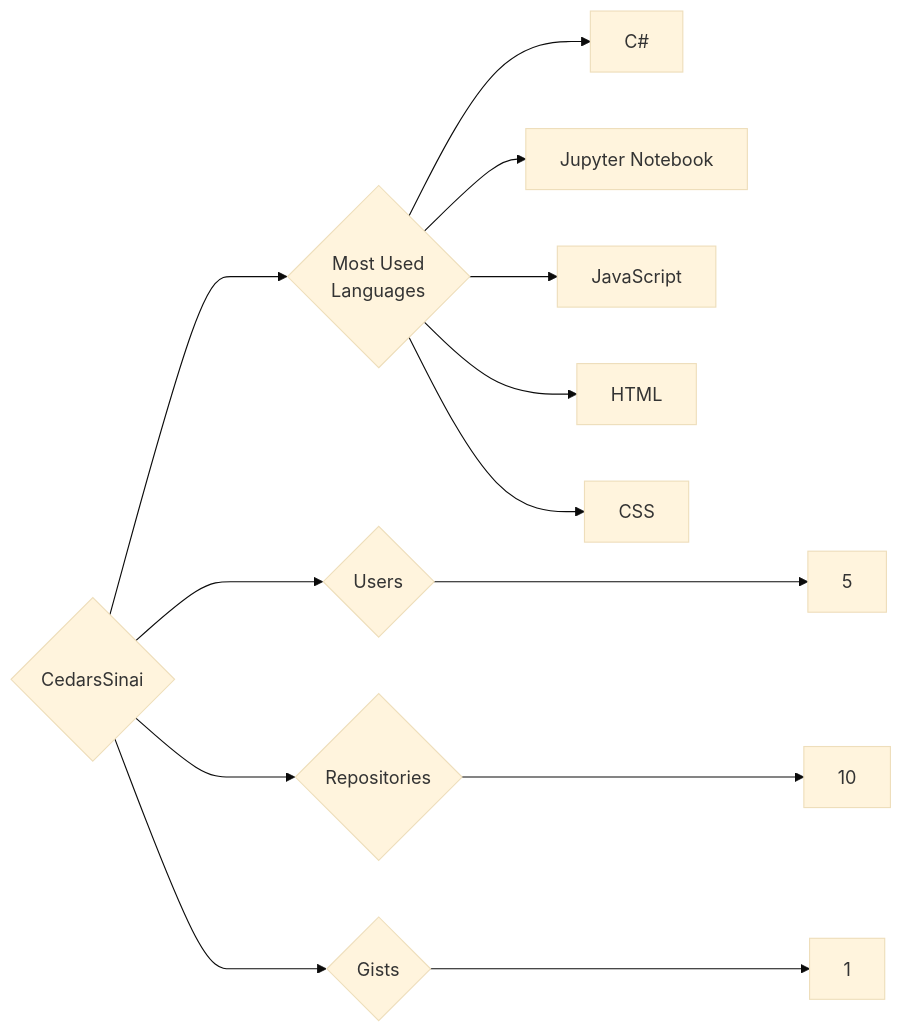
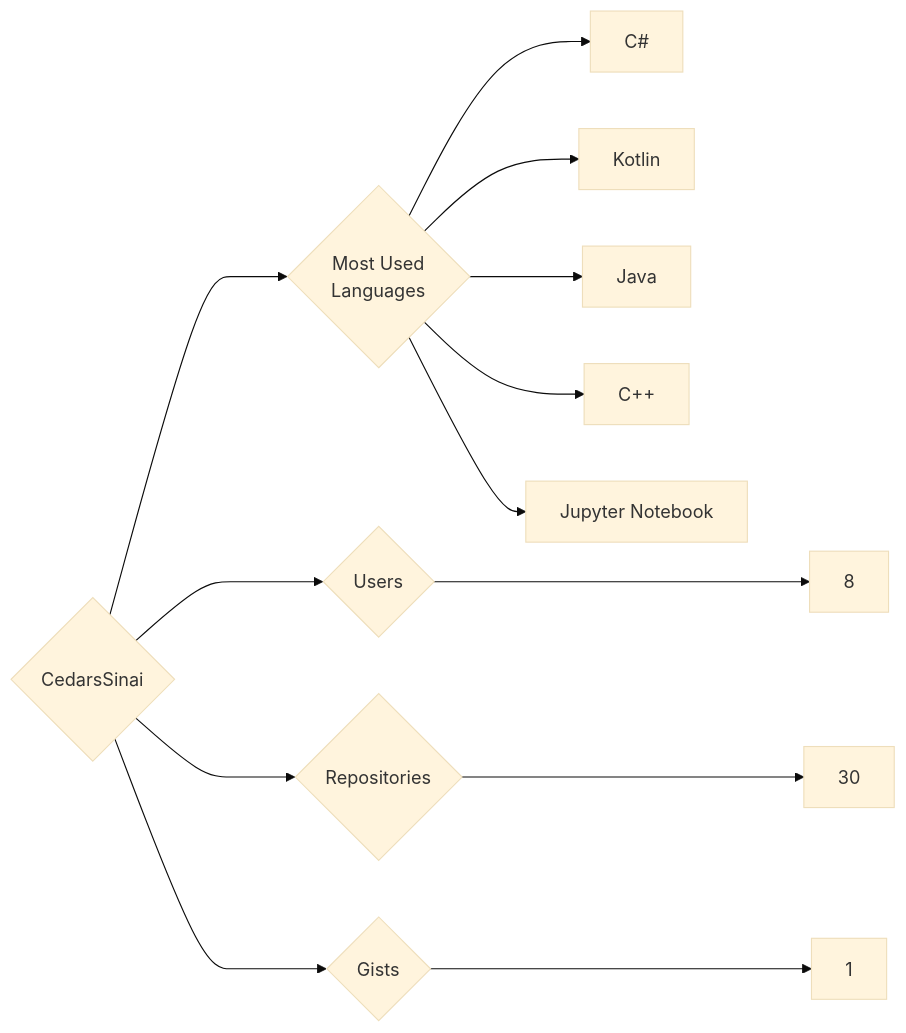
The diagram in targets/CedarsSinai/README.md (trickest/insiders), drawn with Mermaid (base theme) before and after one commit. The commit also changed 559 other files, not shown here.

````diff
--- a/targets/CedarsSinai/README.md
+++ b/targets/CedarsSinai/README.md
@@ -3,13 +3,13 @@
 ```mermaid
 graph LR
 COMPANY_NAME{CedarsSinai}
-COMPANY_NAME ---> U{Users} ---> UN[5]
-COMPANY_NAME ---> R{Repositories} ---> RN[10]
+COMPANY_NAME ---> U{Users} ---> UN[8]
+COMPANY_NAME ---> R{Repositories} ---> RN[30]
 COMPANY_NAME ---> G{Gists} ---> GN[1]
 COMPANY_NAME ---> ML{Most Used<br>Languages}
 ML --> C#[C#]
+ML --> Kotlin[Kotlin]
+ML --> Java[Java]
+ML --> C++[C++]
 ML --> Jupyter_Notebook[Jupyter Notebook]
-ML --> JavaScript[JavaScript]
-ML --> HTML[HTML]
-ML --> CSS[CSS]
 ```
````
